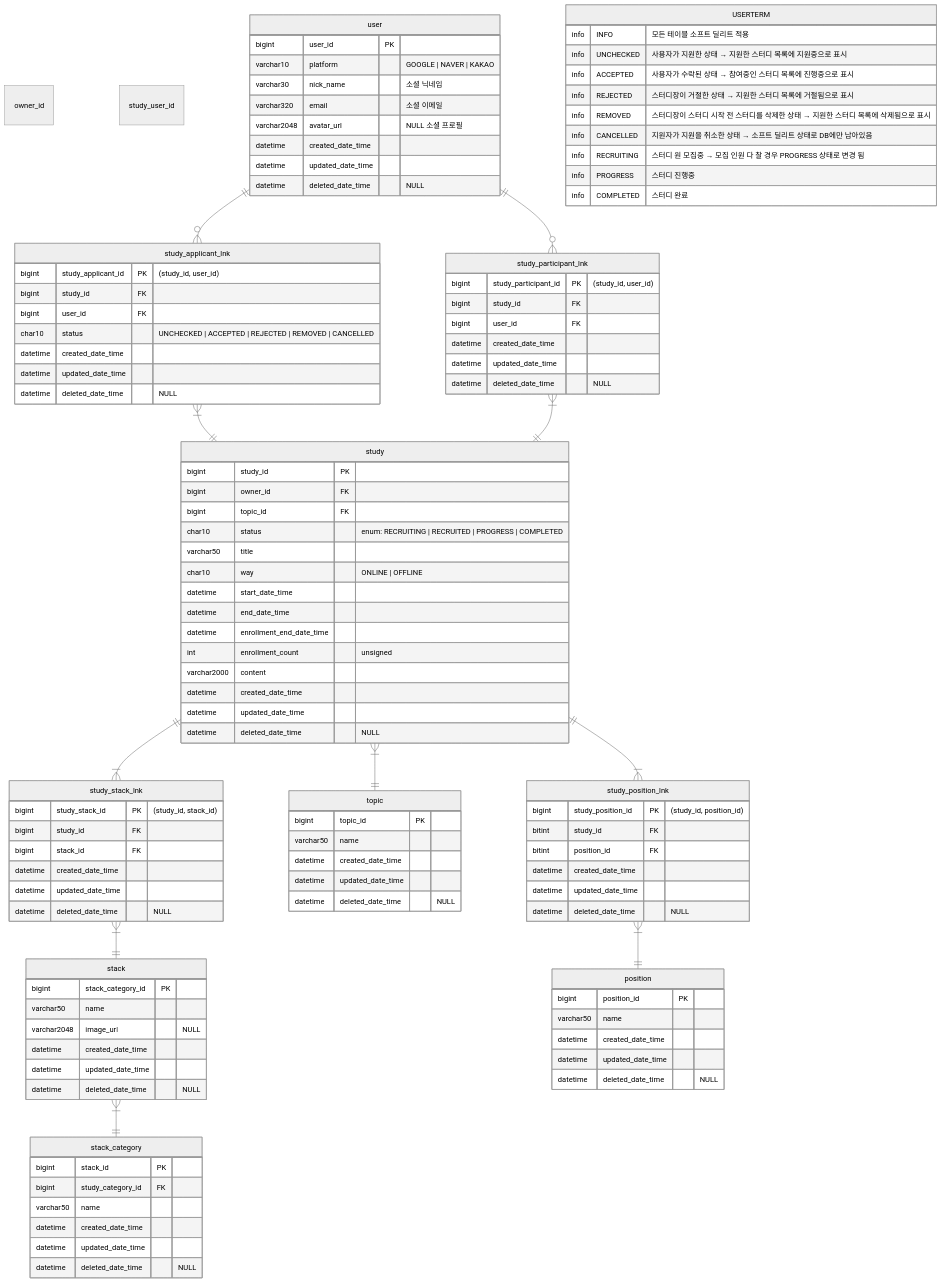
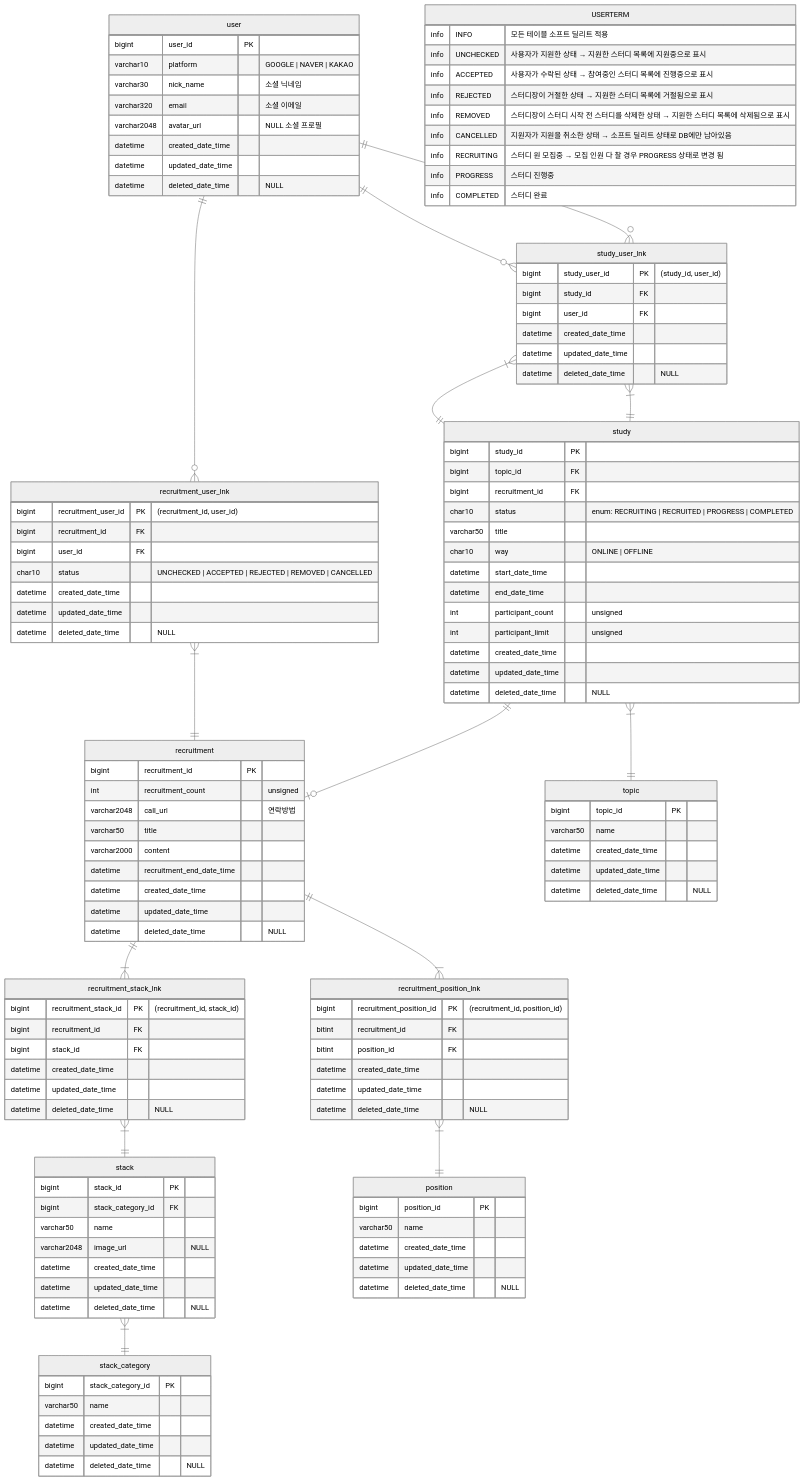
The diagram in docs/erd.md (Ludo-SMP/ludo-backend), drawn with Mermaid before and after one commit. The commit also changed other lines of this file, not shown here.

Commit message:
docs: update erd docs
1. recruitment 테이블 추가
스터디와 모집글 분리로 인한 테이블 반영
2. 관계 변경
3. 컬럼 이름 변경

```diff
--- a/docs/erd.md
+++ b/docs/erd.md
@@ -145,19 +146,25 @@
 
 %%{init: {'theme': 'neutral' } }%%
 erDiagram
-    owner_id
-    study_user_id
 
-    user ||--o{ study_applicant_lnk: ""
-    study_applicant_lnk }|--|| study: ""
-    user ||--o{ study_participant_lnk: ""
-    study_participant_lnk }|--|| study: ""
-    study ||--|{ study_stack_lnk: ""
-    study_stack_lnk }|--|| stack: ""
+    user ||--o{ recruitment_user_lnk: ""
+    recruitment_user_lnk }|--|| recruitment: ""
+    
+    user ||--o{ study_user_lnk: ""
+    study_user_lnk }|--|| study: ""
+    
+    user ||--o{ study_user_lnk: ""
+    study_user_lnk }|--|| study: ""
+
+    study }|--|| topic: ""
+    study ||--o| recruitment: ""
+
+    recruitment ||--|{ recruitment_stack_lnk: ""
+    recruitment_stack_lnk }|--|| stack: ""
     stack }|--|| stack_category: ""
-    study }|--|| topic: ""
-    study ||--|{ study_position_lnk: ""
-    study_position_lnk }|--|| position: ""
+    
+    recruitment ||--|{ recruitment_position_lnk: ""
+    recruitment_position_lnk }|--|| position: ""
 
     user {
         bigint user_id PK
@@ -168,27 +175,40 @@
         datetime created_date_time
         datetime updated_date_time
         datetime deleted_date_time "NULL"
-    }    
+    }
 
     study {
         bigint study_id PK
-        bigint owner_id FK
         bigint topic_id FK
+        bigint recruitment_id FK
+        
         char10 status "enum: RECRUITING | RECRUITED | PROGRESS | COMPLETED"
         varchar50 title
         char10 way "ONLINE | OFFLINE"
         datetime start_date_time
         datetime end_date_time
-        datetime enrollment_end_date_time
-        int enrollment_count "unsigned"
-        varchar2000 content
+        int participant_count "unsigned"
+        int participant_limit "unsigned"
+
         datetime created_date_time
         datetime updated_date_time
         datetime deleted_date_time "NULL"
     }
 
-    study_participant_lnk {
-        bigint study_participant_id PK "(study_id, user_id)"
+    recruitment {
+        bigint recruitment_id PK
+        int recruitment_count "unsigned"
+        varchar2048 call_url "연락방법"
+        varchar50 title
+        varchar2000 content
+        datetime recruitment_end_date_time
+        datetime created_date_time
+        datetime updated_date_time
+        datetime deleted_date_time "NULL"
+    }
+
+    study_user_lnk {
+        bigint study_user_id PK "(study_id, user_id)"
         bigint study_id FK
         bigint user_id FK
         datetime created_date_time
@@ -196,9 +216,9 @@
         datetime deleted_date_time "NULL"
     }
 
-    study_applicant_lnk {
-        bigint study_applicant_id PK "(study_id, user_id)"
-        bigint study_id FK
+    recruitment_user_lnk {
+        bigint recruitment_user_id PK "(recruitment_id, user_id)"
+        bigint recruitment_id FK
         bigint user_id FK
         char10 status "UNCHECKED | ACCEPTED | REJECTED | REMOVED | CANCELLED"
         datetime created_date_time
@@ -214,9 +234,9 @@
         datetime deleted_date_time "NULL"
     }
 
-    study_position_lnk {
-        bigint study_position_id PK "(study_id, position_id)"
-        bitint study_id FK
+    recruitment_position_lnk {
+        bigint recruitment_position_id PK "(recruitment_id, position_id)"
+        bitint recruitment_id FK
         bitint position_id FK
         datetime created_date_time
         datetime updated_date_time
@@ -231,28 +251,28 @@
         datetime deleted_date_time "NULL"
     }
 
-    study_stack_lnk {
-        bigint study_stack_id PK "(study_id, stack_id)"
-        bigint study_id FK
+    recruitment_stack_lnk {
+        bigint recruitment_stack_id PK "(recruitment_id, stack_id)"
+        bigint recruitment_id FK
         bigint stack_id FK
         datetime created_date_time
         datetime updated_date_time
         datetime deleted_date_time "NULL"
     }
 
-    stack_category {
+    stack {
         bigint stack_id PK
-        bigint study_category_id FK
+        bigint stack_category_id FK
         varchar50 name
+        varchar2048 image_url "NULL"
         datetime created_date_time
         datetime updated_date_time
         datetime deleted_date_time "NULL"
     }
 
-    stack {
+    stack_category {
         bigint stack_category_id PK
         varchar50 name
-        varchar2048 image_url "NULL"
         datetime created_date_time
         datetime updated_date_time
         datetime deleted_date_time "NULL"
```
